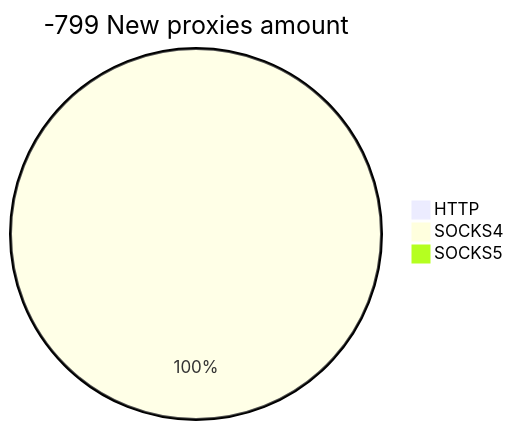
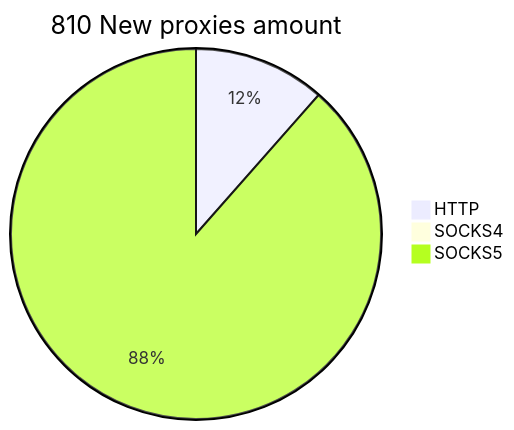
Before and after one commit to cutipu/proxylist: the second of 2 diagrams in README.md, drawn with Mermaid. The commit also changed other lines of this file, not shown here.

````diff
--- a/README.md
+++ b/README.md
@@ -10,6 +10,6 @@
 ```mermaid
-pie title -799 New proxies amount
-    "HTTP" : 0
-    "SOCKS4" : 1
-    "SOCKS5" : 0
+pie title 810 New proxies amount
+    "HTTP" : 101
+    "SOCKS4" : 0
+    "SOCKS5" : 777
 ```
````
